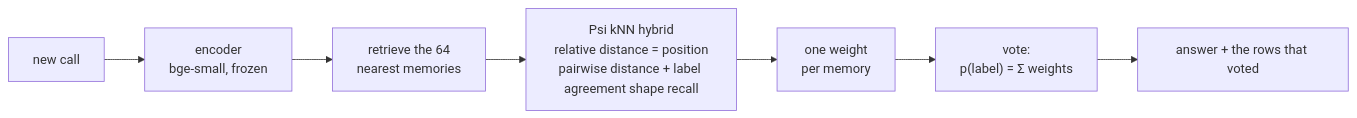
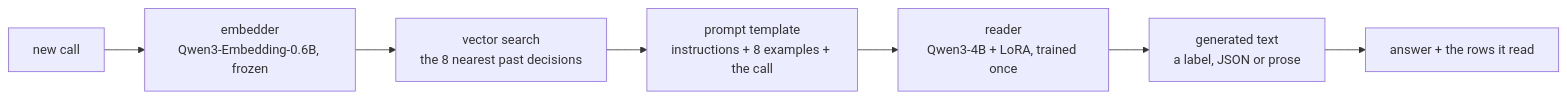
Before and after one commit to aidenhongg/psi: the diagram in README.md, drawn with Mermaid. The commit also changed other lines of this file and 4 other files, not shown here.

````diff
--- a/README.md
+++ b/README.md
@@ -39,9 +43,9 @@
 ```mermaid
 flowchart LR
-    A[new call] --> B["encoder<br/>bge-small, frozen"]
-    B --> C["retrieve the 64<br/>nearest memories"]
-    C --> D["Psi kNN hybrid<br/>relative distance = position<br/>pairwise distance + label agreement shape recall"]
-    D --> E["one weight<br/>per memory"]
-    E --> F["vote:<br/>p(label) = Σ weights"]
-    F --> G[answer + the rows that voted]
+    A[new call] --> B["embedder<br/>Qwen3-Embedding-0.6B, frozen"]
+    B --> C["vector search<br/>the 8 nearest past decisions"]
+    C --> D["prompt template<br/>instructions + 8 examples + the call"]
+    D --> E["reader<br/>Qwen3-4B + LoRA, trained once"]
+    E --> F["generated text<br/>a label, JSON or prose"]
+    F --> G[answer + the rows it read]
 ```
````
